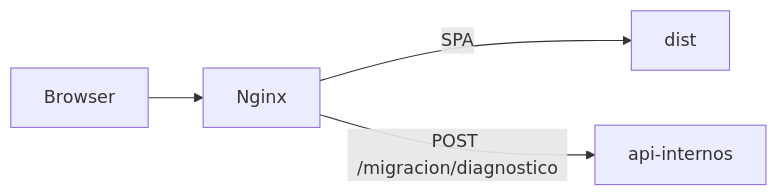
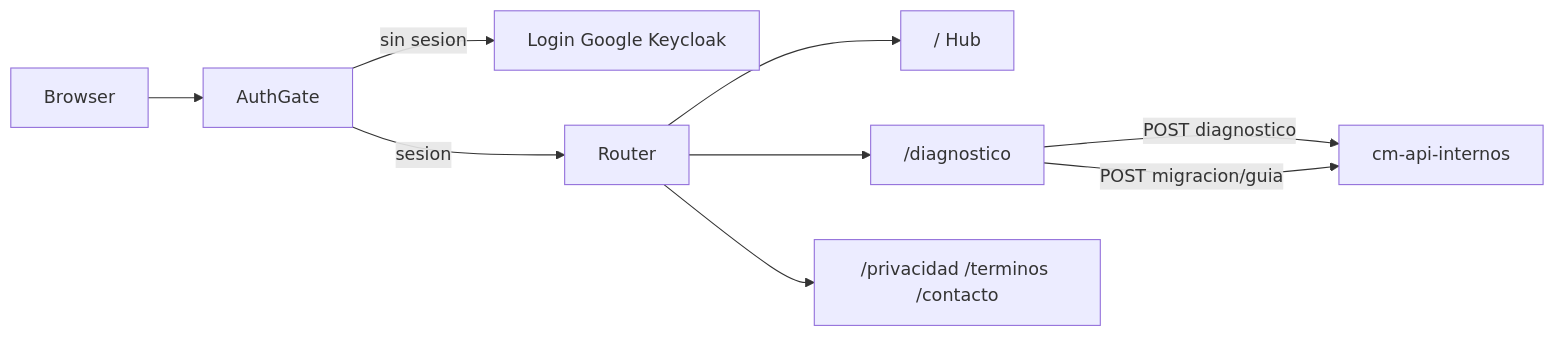
Before and after one commit to MateoRuiz123/cm-toolbox-front: the diagram in README.md, drawn with Mermaid. The commit also changed other lines of this file, not shown here.

````diff
--- a/README.md
+++ b/README.md
@@ -27,6 +11,11 @@
 ```mermaid
 flowchart LR
-  Browser --> Nginx
-  Nginx -->|SPA| Dist[dist]
-  Nginx -->|POST /migracion/diagnostico| Api[api-internos]
+  Browser --> AuthGate
+  AuthGate -->|sin sesion| Login[Login Google Keycloak]
+  AuthGate -->|sesion| Router
+  Router --> Hub["/ Hub"]
+  Router --> Diag["/diagnostico"]
+  Router --> Legal["/privacidad /terminos /contacto"]
+  Diag -->|POST diagnostico| ApiInternos[cm-api-internos]
+  Diag -->|POST migracion/guia| ApiInternos
 ```
````
